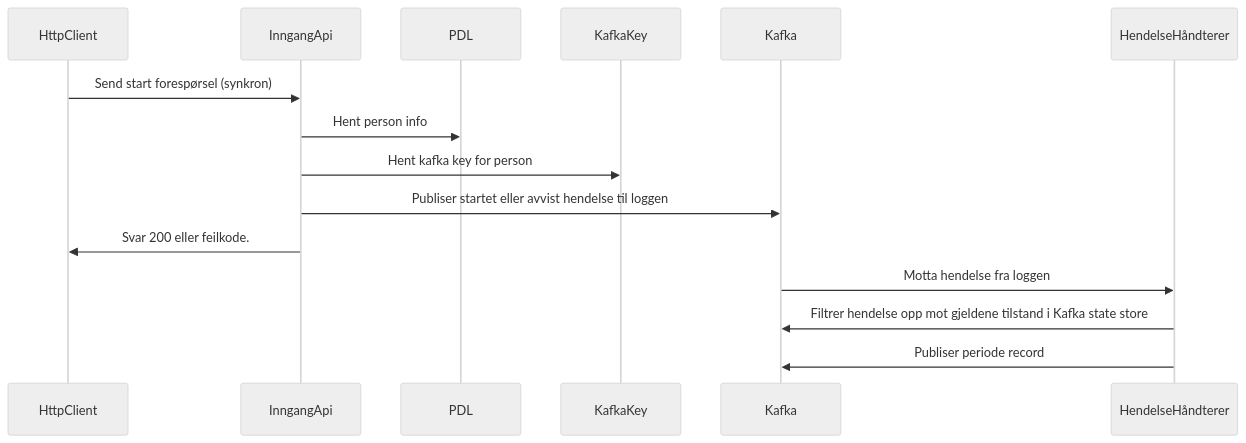
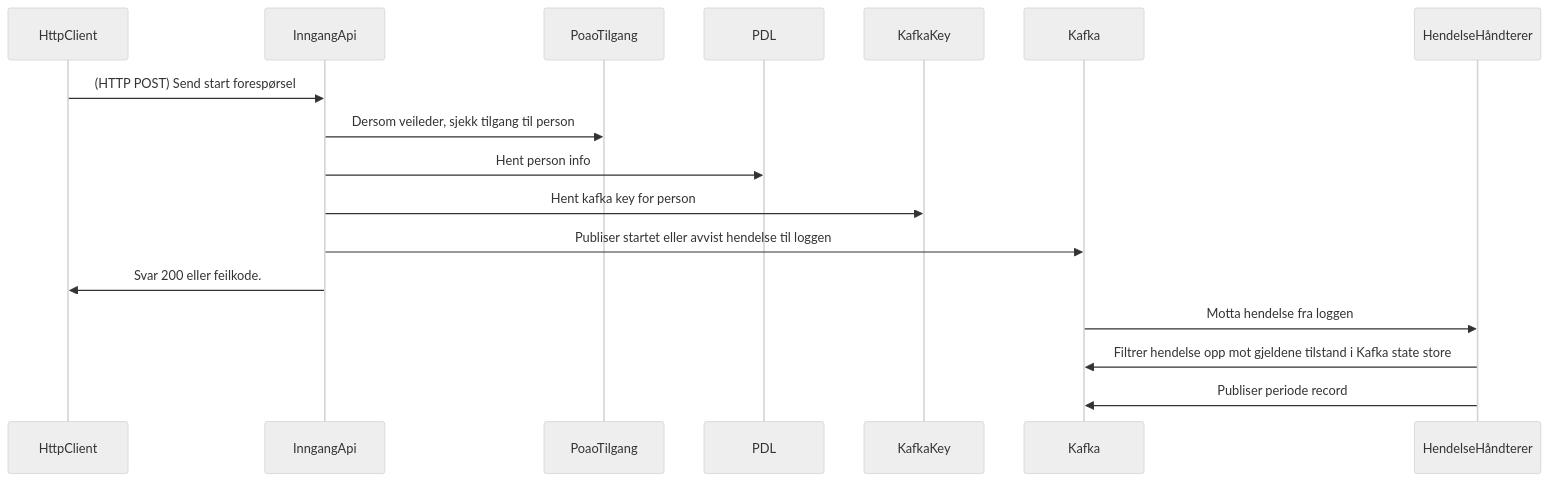
One commit to navikt/paw-arbeidssokerregisteret-api changed the diagram in README.md. Above: the diagram before and after it, drawn with Mermaid (neutral theme).

Commit message:
La til poao-tilgang i flytdiagram

````diff
--- a/README.md
+++ b/README.md
@@ -21,11 +21,12 @@
 ```mermaid
 sequenceDiagram
-    HttpClient->>InngangApi: Send start forespørsel (synkron)
+    HttpClient->>InngangApi: (HTTP POST) Send start forespørsel
+    InngangApi->>PoaoTilgang: Dersom veileder, sjekk tilgang til person    
     InngangApi->>PDL: Hent person info
     InngangApi->>KafkaKey: Hent kafka key for person
     InngangApi->>Kafka: Publiser startet eller avvist hendelse til loggen
     InngangApi->>HttpClient: Svar 200 eller feilkode.
     Kafka->>HendelseHåndterer: Motta hendelse fra loggen
     HendelseHåndterer->>Kafka: Filtrer hendelse opp mot gjeldene tilstand i Kafka state store
     HendelseHåndterer->>Kafka: Publiser periode record        
 ```
````
